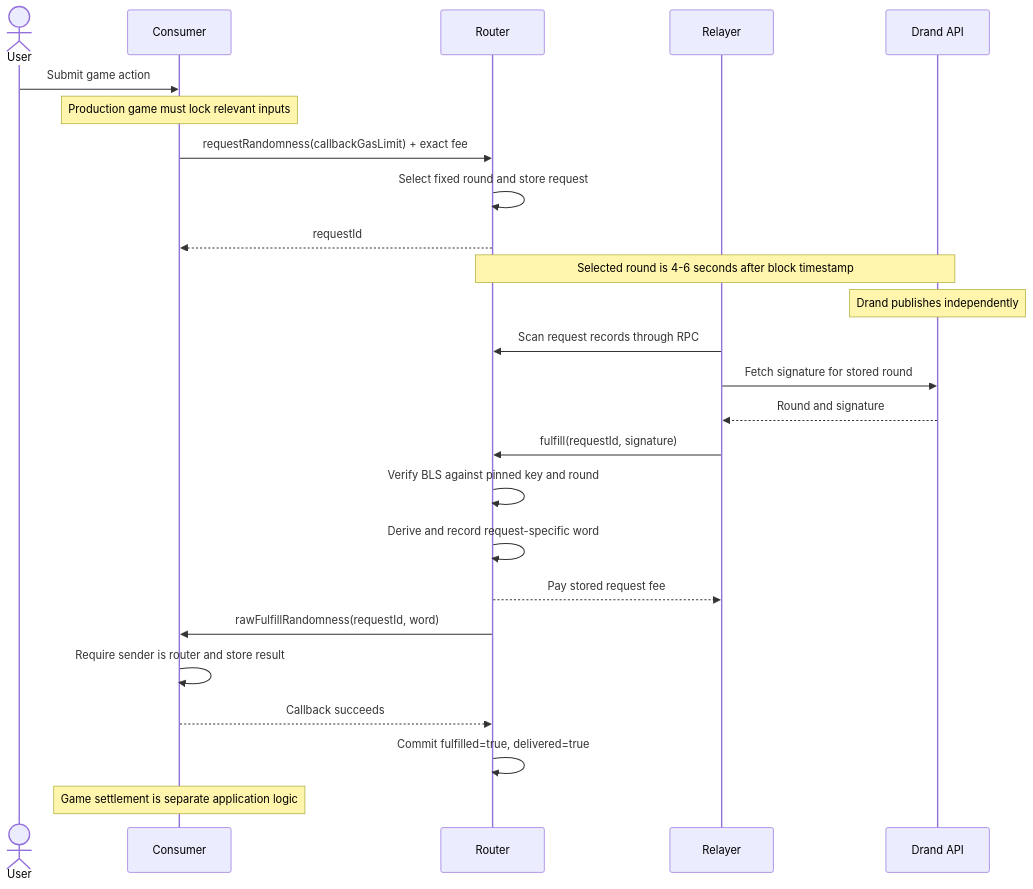
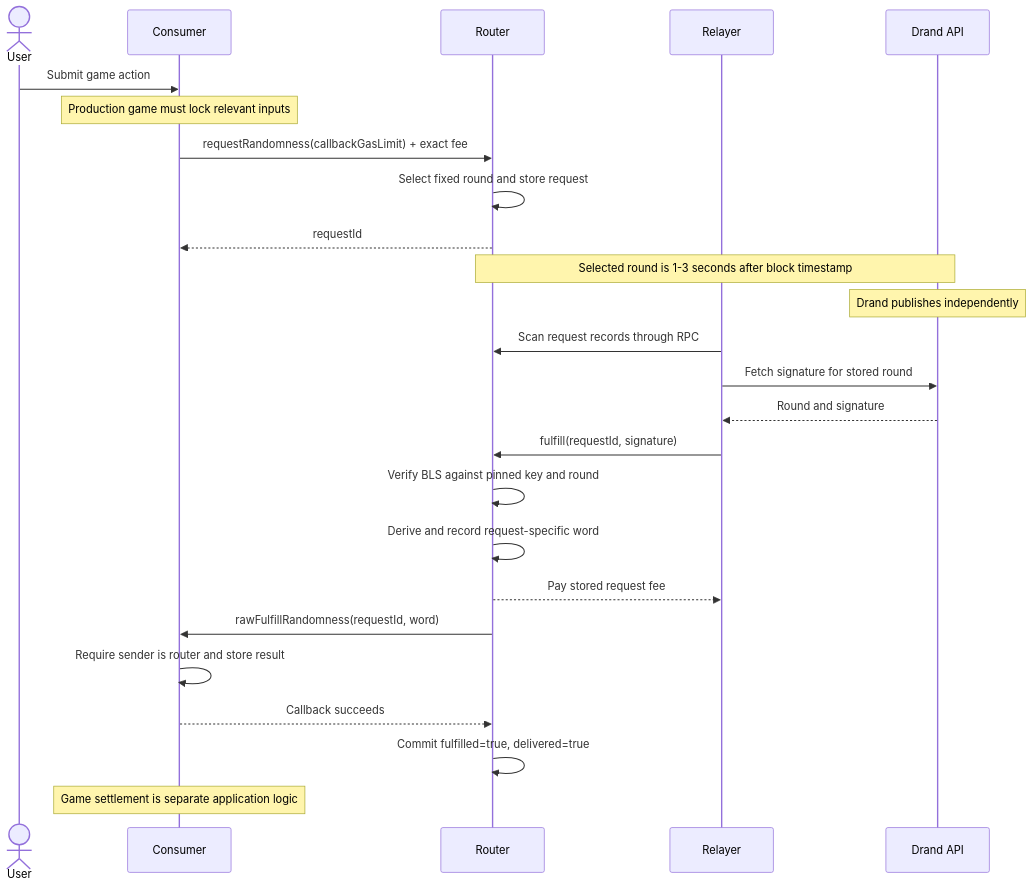
Before and after one commit to Robinhood-OSS/OpenVRF: the second of 3 diagrams in docs/architecture.md, drawn with Mermaid. The commit also changed 11 other files, not shown here.

````diff
--- a/docs/architecture.md
+++ b/docs/architecture.md
@@ -58,27 +58,27 @@
 ```mermaid
 sequenceDiagram
     actor U as User
     participant C as Consumer
     participant R as Router
     participant L as Relayer
     participant D as Drand API
     U->>C: Submit game action
     Note over C: Production game must lock relevant inputs
     C->>R: requestRandomness(callbackGasLimit) + exact fee
     R->>R: Select fixed round and store request
     R-->>C: requestId
-    Note over R,D: Selected round is 4-6 seconds after block timestamp
+    Note over R,D: Selected round is 1-3 seconds after block timestamp
     Note over D: Drand publishes independently
     L->>R: Scan request records through RPC
     L->>D: Fetch signature for stored round
     D-->>L: Round and signature
     L->>R: fulfill(requestId, signature)
     R->>R: Verify BLS against pinned key and round
     R->>R: Derive and record request-specific word
     R-->>L: Pay stored request fee
     R->>C: rawFulfillRandomness(requestId, word)
     C->>C: Require sender is router and store result
     C-->>R: Callback succeeds
     R->>R: Commit fulfilled=true, delivered=true
     Note over C: Game settlement is separate application logic
 ```
````
